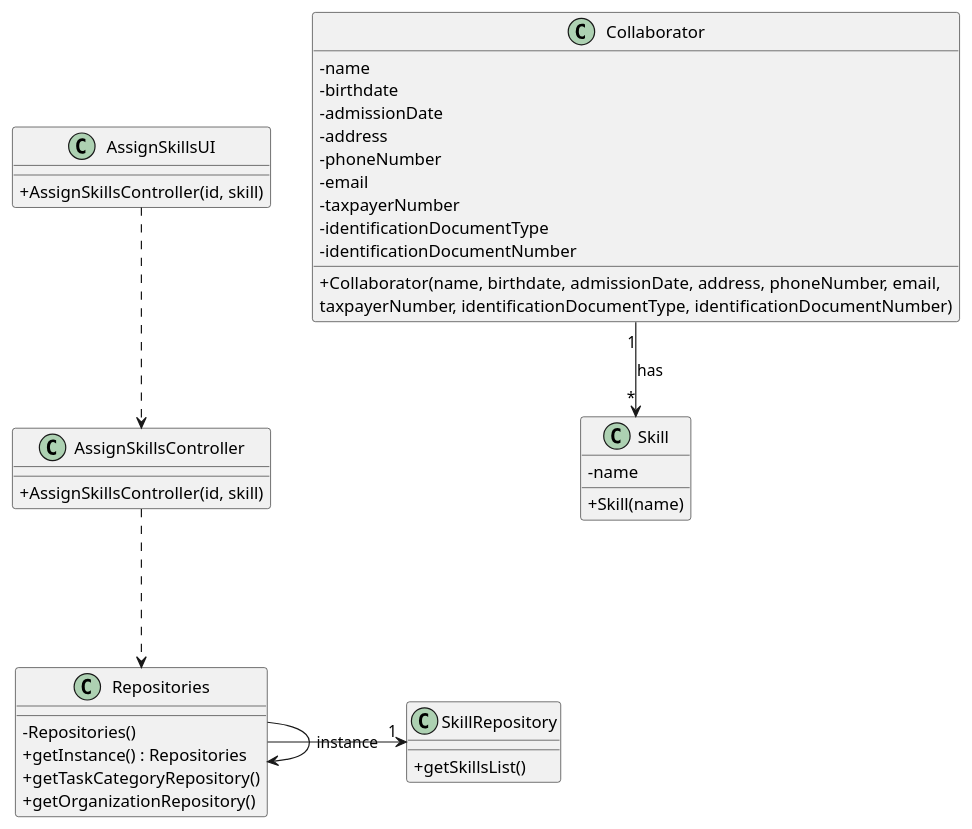
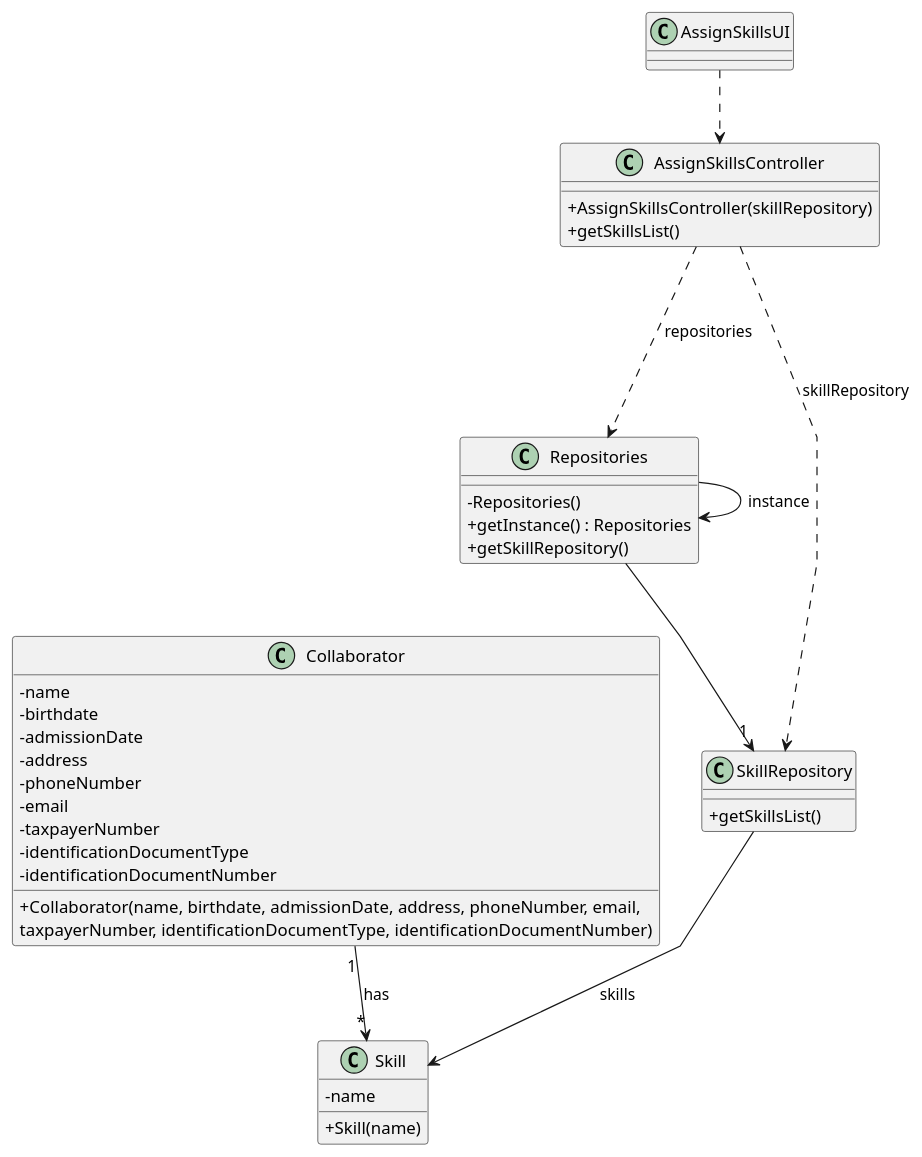
One commit to Departamento-de-Engenharia-Informatica/lei-24-s2-1dm-g132 changed the diagram in docs/sprintB/us004/03.design/puml/us004-class-diagram.puml. Above: the diagram before and after it, drawn with PlantUML.

Commit message:
US04 class diagram update

```diff
--- a/docs/sprintB/us004/03.design/puml/us004-class-diagram.puml
+++ b/docs/sprintB/us004/03.design/puml/us004-class-diagram.puml
@@ -1,58 +1,61 @@
 @startuml
 'skinparam monochrome true
 skinparam packageStyle rectangle
 skinparam shadowing false
 skinparam linetype polyline
 'skinparam linetype orto
 
 skinparam classAttributeIconSize 0
 
 'left to right direction
 
 class Skill
 {
     - name
     + Skill(name)
 }
 
 class Collaborator {
     - name
     - birthdate
     - admissionDate
     - address
     - phoneNumber
     - email
     - taxpayerNumber
     - identificationDocumentType
     - identificationDocumentNumber
     + Collaborator(name, birthdate, admissionDate, address, phoneNumber, email, \ntaxpayerNumber, identificationDocumentType, identificationDocumentNumber)
 }
 
 class AssignSkillsController {
-    + AssignSkillsController(id, skill)
+    + AssignSkillsController(skillRepository)
+    + getSkillsList()
 }
 
 class AssignSkillsUI {
-    + AssignSkillsController(id, skill)
 }
 
 class Repositories {
     - Repositories()
     + getInstance() : Repositories
-    + getTaskCategoryRepository()
-    + getOrganizationRepository()
+    + getSkillRepository()
 }
 
 class SkillRepository {
     + getSkillsList()
 }
 
+
 Collaborator "1" --> "*" Skill: has
 AssignSkillsUI ..> AssignSkillsController
-AssignSkillsController ...> Repositories
+AssignSkillsController ...> Repositories: repositories
+AssignSkillsController ..> SkillRepository: skillRepository
 
 Repositories -> Repositories : instance
-Repositories -> "1" SkillRepository
+Repositories --> "1" SkillRepository
+
+SkillRepository --> Skill: skills
 
 
 @enduml
```
